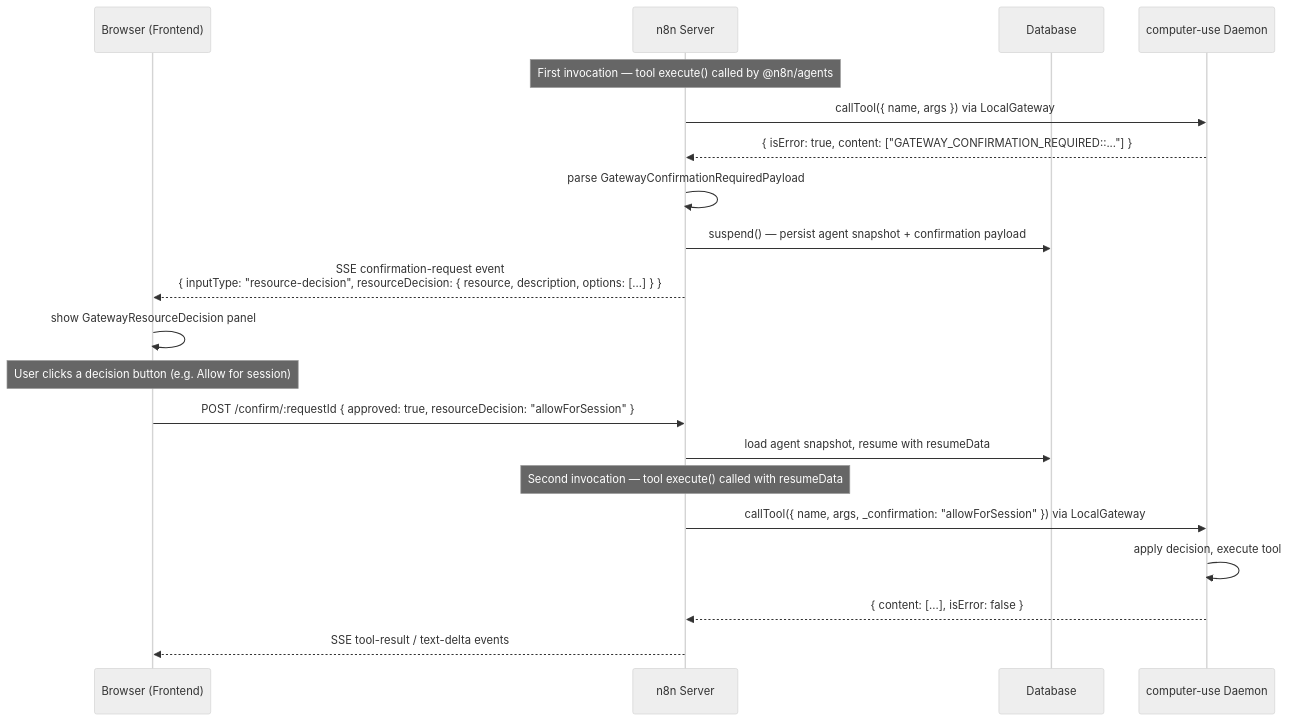
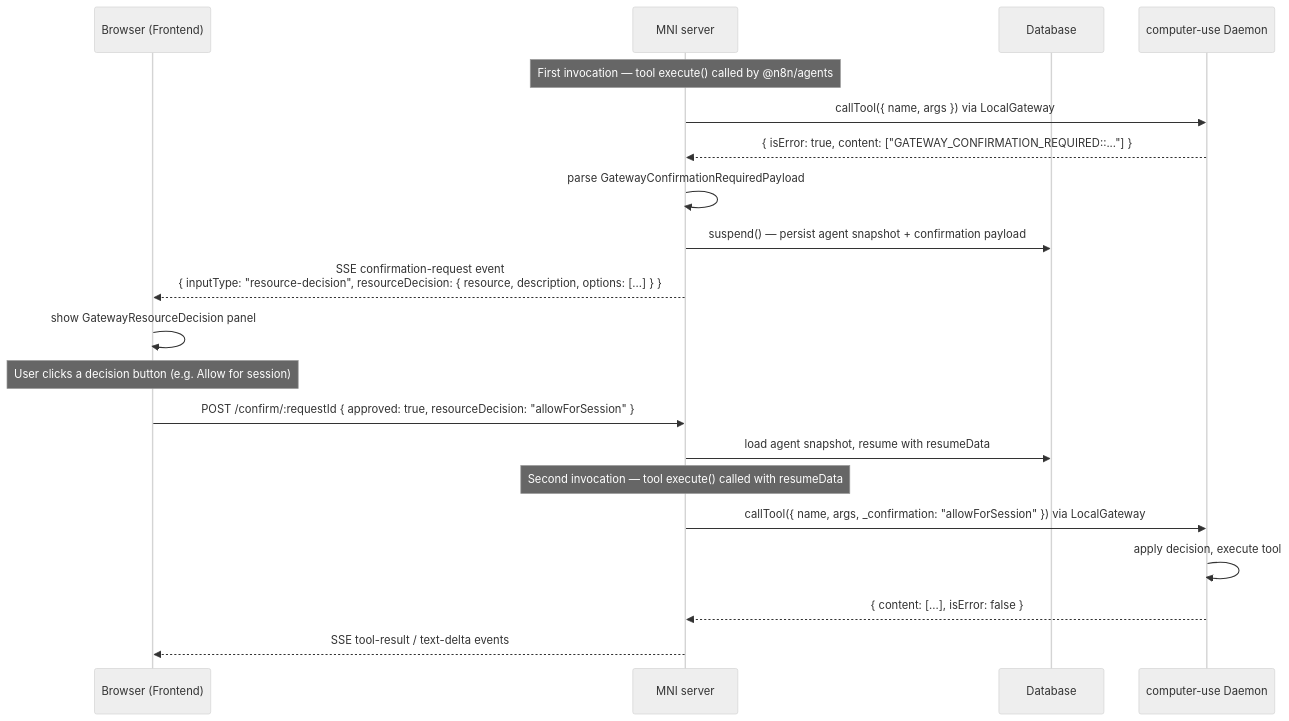
One commit to Rajsingh18110/MNI changed the fifth of 5 diagrams in packages/@n8n/computer-use/spec/technical-spec.md. Above: the diagram before and after it, drawn with Mermaid (neutral theme). The commit also changed other lines of this file and 2767 other files, not shown here.

````diff
--- a/packages/@n8n/computer-use/spec/technical-spec.md
+++ b/packages/@n8n/computer-use/spec/technical-spec.md
@@ -312,25 +312,25 @@
 ```mermaid
 sequenceDiagram
     participant FE as Browser (Frontend)
-    participant SRV as n8n Server
+    participant SRV as MNI server
     participant DB as Database
     participant D as computer-use Daemon
 
     Note over SRV: First invocation — tool execute() called by @n8n/agents
     SRV->>D: callTool({ name, args }) via LocalGateway
     D-->>SRV: { isError: true, content: ["GATEWAY_CONFIRMATION_REQUIRED::..."] }
     SRV->>SRV: parse GatewayConfirmationRequiredPayload
     SRV->>DB: suspend() — persist agent snapshot + confirmation payload
     SRV-->>FE: SSE confirmation-request event<br/>{ inputType: "resource-decision", resourceDecision: { resource, description, options: [...] } }
 
     FE->>FE: show GatewayResourceDecision panel
     Note over FE: User clicks a decision button (e.g. Allow for session)
     FE->>SRV: POST /confirm/:requestId { approved: true, resourceDecision: "allowForSession" }
     SRV->>DB: load agent snapshot, resume with resumeData
 
     Note over SRV: Second invocation — tool execute() called with resumeData
     SRV->>D: callTool({ name, args, _confirmation: "allowForSession" }) via LocalGateway
     D->>D: apply decision, execute tool
     D-->>SRV: { content: [...], isError: false }
     SRV-->>FE: SSE tool-result / text-delta events
 ```
````
